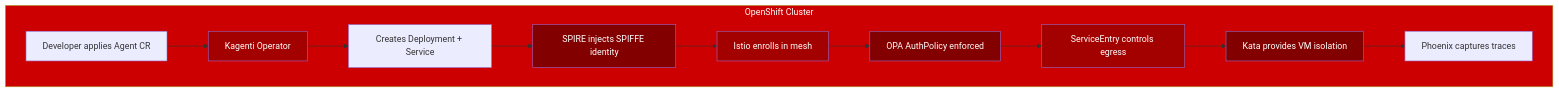
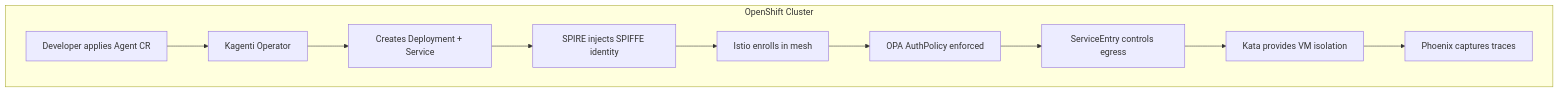
One commit to rrbanda/agent-sandbox-ocp changed the second of 3 diagrams in docs/concepts/inner-outer-loop.md. Above: the diagram before and after it, drawn with Mermaid. The commit also changed other lines of this file and 118 other files, not shown here.

````diff
--- a/docs/concepts/inner-outer-loop.md
+++ b/docs/concepts/inner-outer-loop.md
@@ -66,21 +64,13 @@
 ```mermaid
 flowchart TD
     subgraph cluster["OpenShift Cluster"]
         A[Developer applies Agent CR] --> B[Kagenti Operator]
         B --> C[Creates Deployment + Service]
         C --> D[SPIRE injects SPIFFE identity]
         D --> E[Istio enrolls in mesh]
         E --> F[OPA AuthPolicy enforced]
         F --> G[ServiceEntry controls egress]
         G --> H[Kata provides VM isolation]
         H --> I[Phoenix captures traces]
     end
-    
-    style cluster fill:#CC0000,color:#FFFFFF
-    style B fill:#A30000,color:#FFFFFF
-    style D fill:#820000,color:#FFFFFF
-    style E fill:#A30000,color:#FFFFFF
-    style F fill:#820000,color:#FFFFFF
-    style G fill:#A30000,color:#FFFFFF
-    style H fill:#820000,color:#FFFFFF
 ```
````
